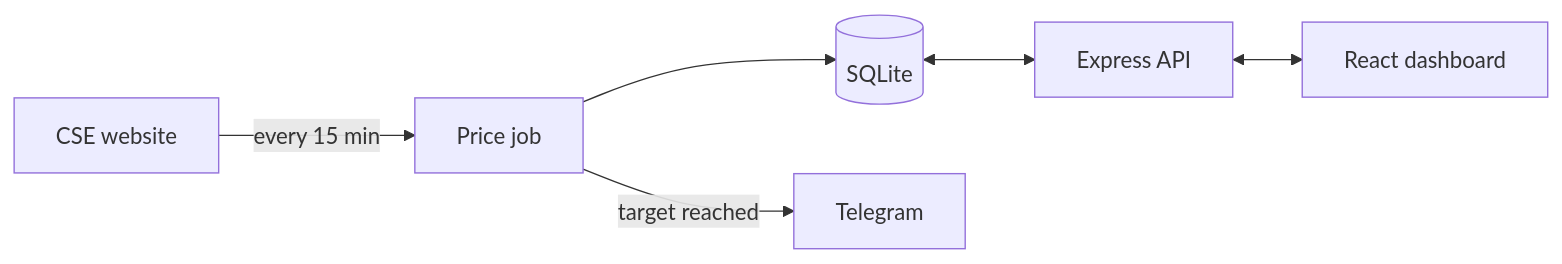
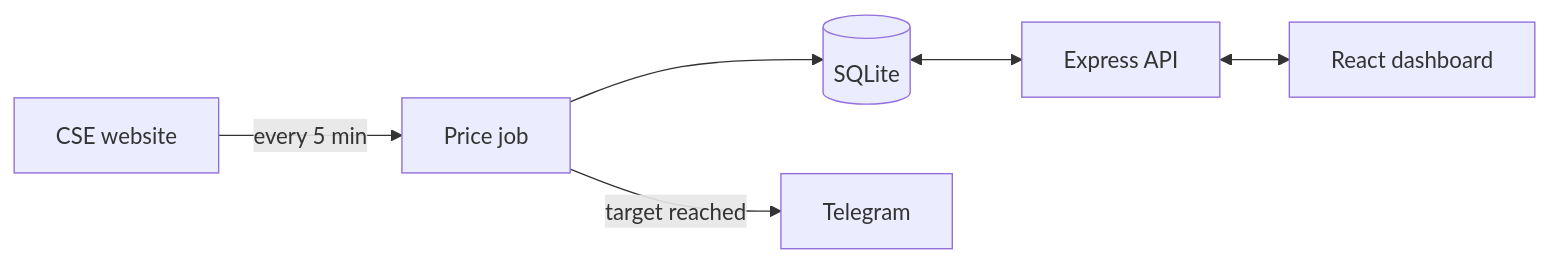
One commit to YaSsien27/cse-tracker changed the diagram in README.md. Above: the diagram before and after it, drawn with Mermaid. The commit also changed other lines of this file and 5 other files, not shown here.

````diff
--- a/README.md
+++ b/README.md
@@ -44,8 +45,8 @@
 ```mermaid
 flowchart LR
-  CSE[CSE website] -->|every 15 min| Job[Price job]
+  CSE[CSE website] -->|every 5 min| Job[Price job]
   Job --> DB[(SQLite)]
   Job -->|target reached| Telegram
   DB <--> API[Express API]
   API <--> Dashboard[React dashboard]
 ```
````
